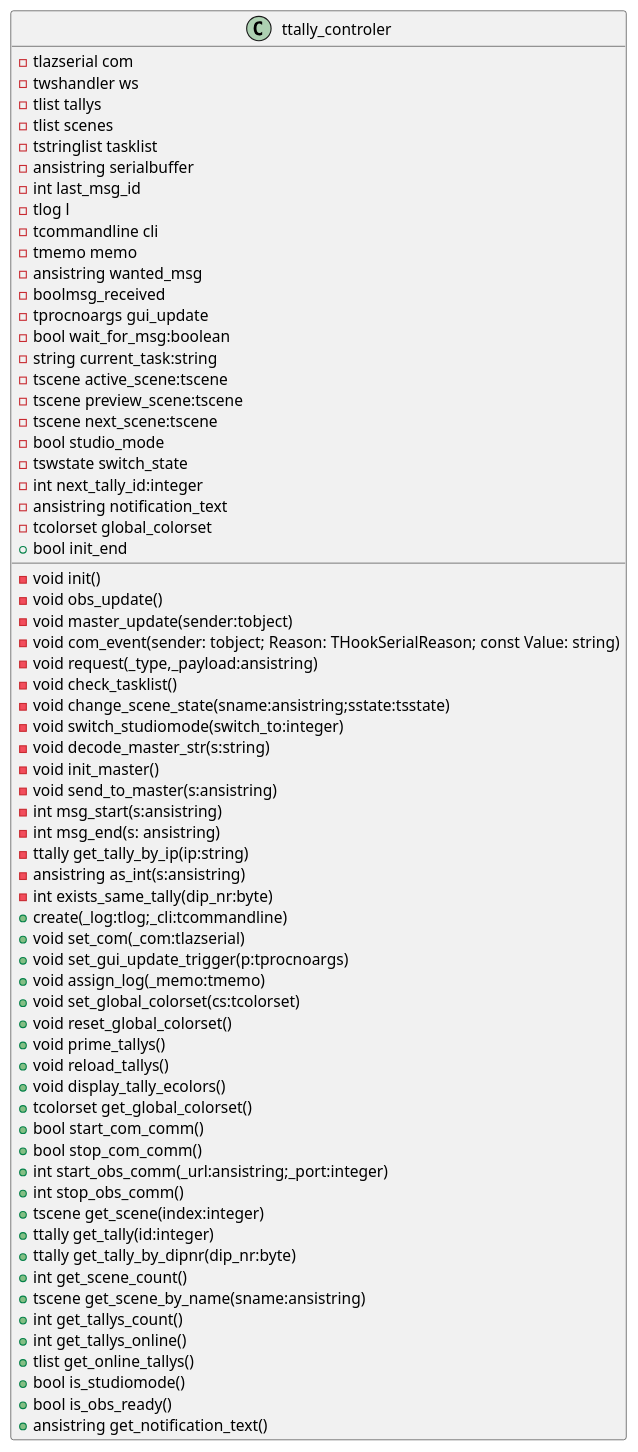
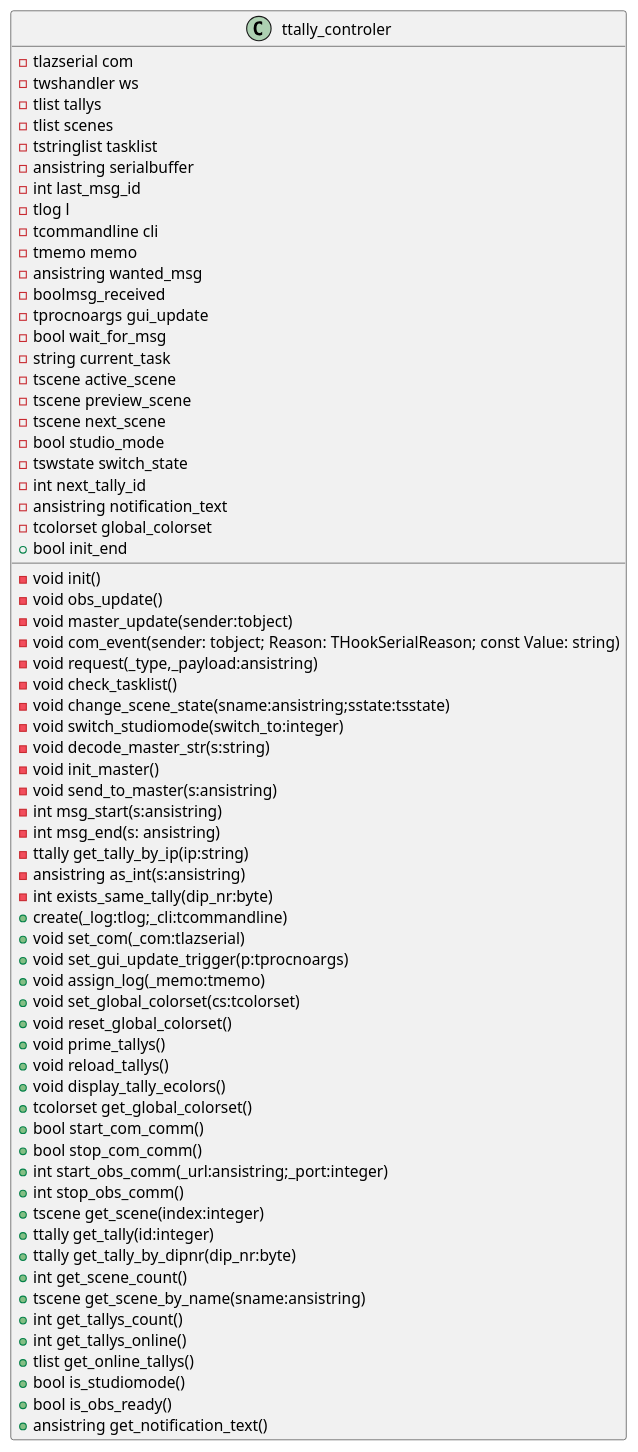
One commit to EliasTechnik/EnglishPresentation changed the diagram in tallycontroler_tc_v2.puml. Above: the diagram before and after it, drawn with PlantUML. The commit also changed 4 other files, not shown here.

Commit message:
corrected ttallycontroler classdiagram

```diff
--- a/tallycontroler_tc_v2.puml
+++ b/tallycontroler_tc_v2.puml
@@ -1,69 +1,69 @@
 @startuml tallycontroler_v2
 class ttally_controler{
     -tlazserial com
     -twshandler ws
     -tlist tallys
     -tlist scenes
     -tstringlist tasklist
     -ansistring serialbuffer
     -int last_msg_id
     -tlog l
     -tcommandline cli
     -tmemo memo
     -ansistring wanted_msg
     -boolmsg_received
     -tprocnoargs gui_update
-    -bool wait_for_msg:boolean
-    -string current_task:string
-    -tscene active_scene:tscene
-    -tscene preview_scene:tscene
-    -tscene next_scene:tscene
+    -bool wait_for_msg
+    -string current_task
+    -tscene active_scene
+    -tscene preview_scene
+    -tscene next_scene
     -bool studio_mode
     -tswstate switch_state
-    -int next_tally_id:integer
+    -int next_tally_id
     -ansistring notification_text
     -tcolorset global_colorset
     -void init()
     -void obs_update()
     -void master_update(sender:tobject)
     -void com_event(sender: tobject; Reason: THookSerialReason; const Value: string)
     -void request(_type,_payload:ansistring)
     -void check_tasklist()
     -void change_scene_state(sname:ansistring;sstate:tsstate)
     -void switch_studiomode(switch_to:integer)
     -void decode_master_str(s:string)
     -void init_master()
     -void send_to_master(s:ansistring)
     -int msg_start(s:ansistring)
     -int msg_end(s: ansistring)
     -ttally get_tally_by_ip(ip:string)
     -ansistring as_int(s:ansistring)
     -int exists_same_tally(dip_nr:byte)
     +bool init_end
     +create(_log:tlog;_cli:tcommandline)
     +void set_com(_com:tlazserial)
     +void set_gui_update_trigger(p:tprocnoargs)
     +void assign_log(_memo:tmemo)
     +void set_global_colorset(cs:tcolorset)
     +void reset_global_colorset()
     +void prime_tallys()
     +void reload_tallys()
     +void display_tally_ecolors()
     + tcolorset get_global_colorset()
     + bool start_com_comm()
     + bool stop_com_comm()
     + int start_obs_comm(_url:ansistring;_port:integer)
     + int stop_obs_comm()
     + tscene get_scene(index:integer)
     + ttally get_tally(id:integer)
     + ttally get_tally_by_dipnr(dip_nr:byte)
     + int get_scene_count()
     + tscene get_scene_by_name(sname:ansistring)
     + int get_tallys_count()
     + int get_tallys_online()
     + tlist get_online_tallys()
     + bool is_studiomode()
     + bool is_obs_ready()
     + ansistring get_notification_text()
 }
 @enduml
```
